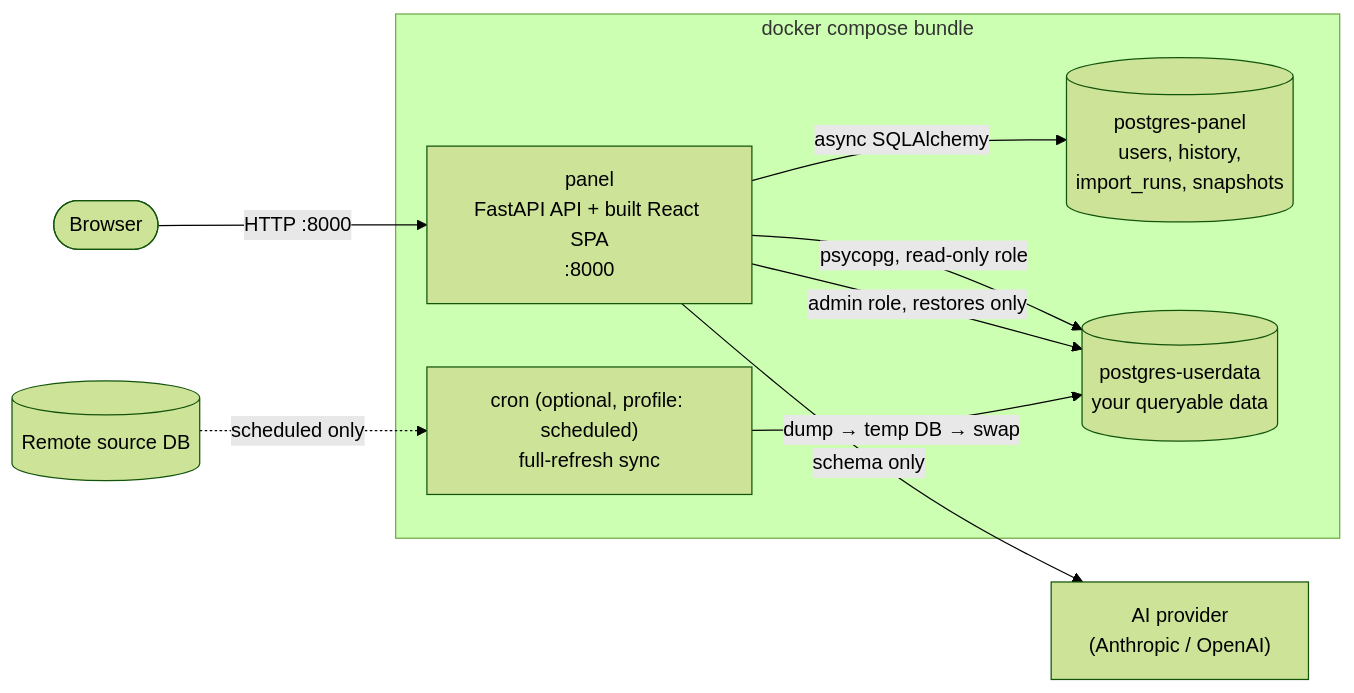
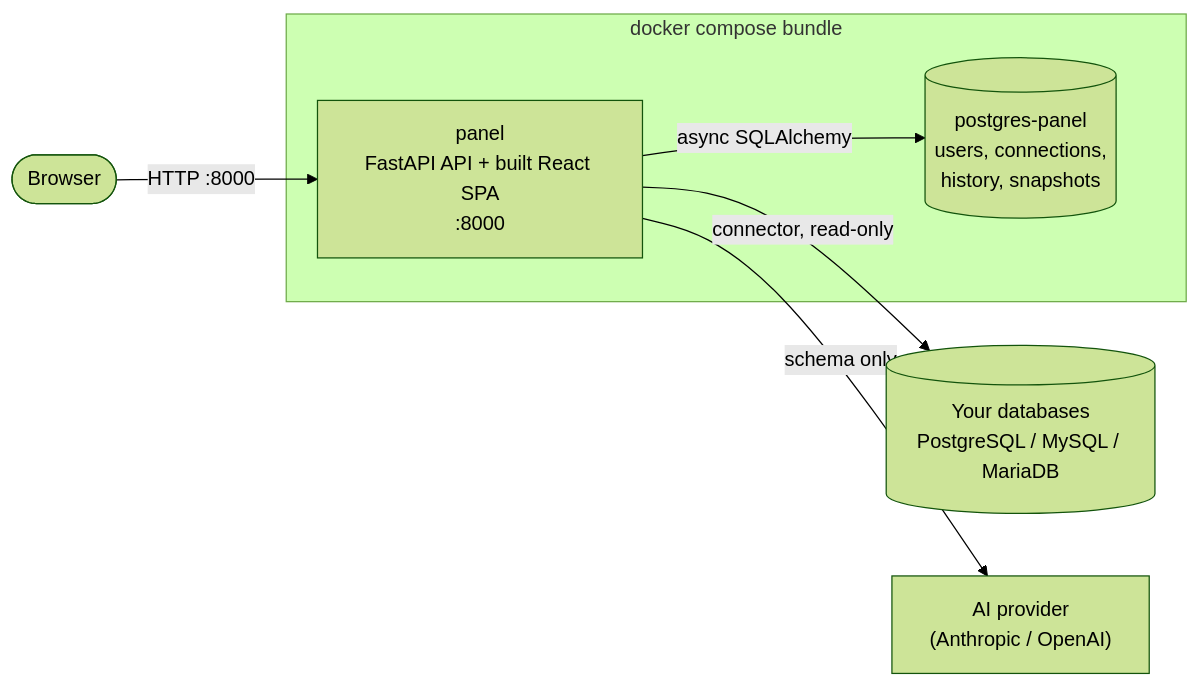
One commit to iamseyedalipro/Talk2Database changed the second of 2 diagrams in README.md. Above: the diagram before and after it, drawn with Mermaid (forest theme). The commit also changed other lines of this file, not shown here.

First line of the commit message:
Update README for the connection-registry architecture

````diff
--- a/README.md
+++ b/README.md
@@ -103,16 +107,11 @@
 ```mermaid
 flowchart LR
     subgraph Bundle["docker compose bundle"]
         Panel["panel<br/>FastAPI API + built React SPA<br/>:8000"]
-        Cron["cron (optional, profile: scheduled)<br/>full-refresh sync"]
-        PanelDB[("postgres-panel<br/>users, history,<br/>import_runs, snapshots")]
-        UserDB[("postgres-userdata<br/>your queryable data")]
+        PanelDB[("postgres-panel<br/>users, connections,<br/>history, snapshots")]
     end
     Browser(["Browser"]) -->|HTTP :8000| Panel
     Panel -->|async SQLAlchemy| PanelDB
-    Panel -->|psycopg, read-only role| UserDB
-    Panel -->|admin role, restores only| UserDB
-    Cron -->|dump → temp DB → swap| UserDB
-    Remote[("Remote source DB")] -. scheduled only .-> Cron
+    Panel -->|"connector, read-only"| Sources[("Your databases<br/>PostgreSQL / MySQL / MariaDB")]
     Panel -->|schema only| AI["AI provider<br/>(Anthropic / OpenAI)"]
 ```
````
